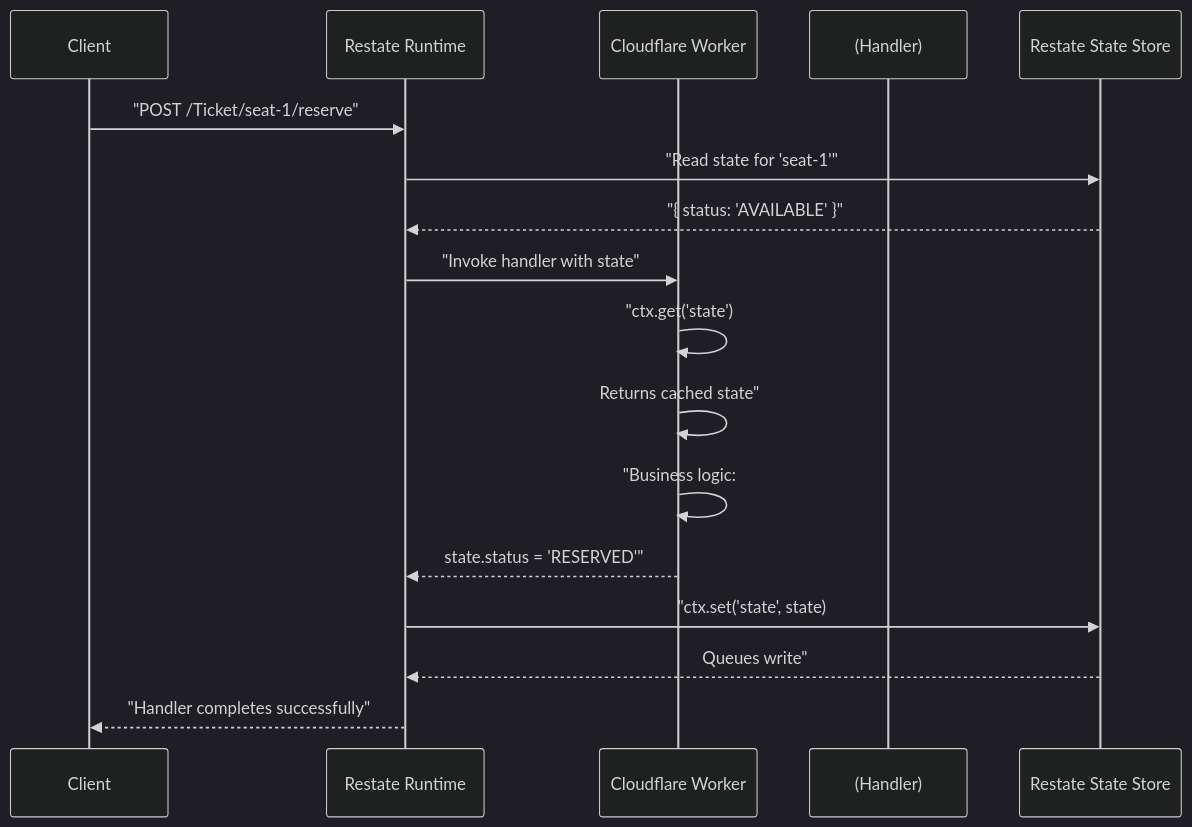
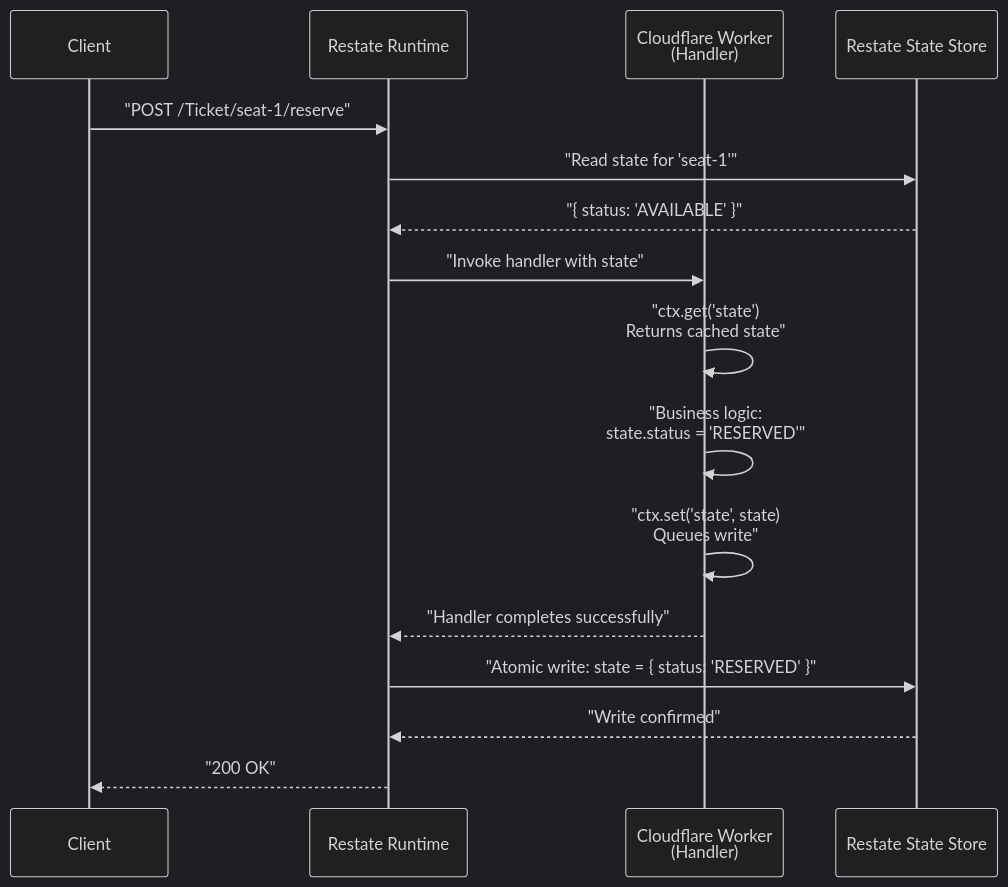
The third of 7 diagrams in docs/deepwiki/Virtual-Objects-&-Serialization.md (philipz/restate-cloudflare-workers-poc), drawn with Mermaid (dark theme) before and after one commit. The commit also changed other lines of this file and 18 other files, not shown here.

Commit message:
refactor: standardize mermaid diagram participant syntax across documentation files

````diff
--- a/docs/deepwiki/Virtual-Objects-&-Serialization.md
+++ b/docs/deepwiki/Virtual-Objects-&-Serialization.md
@@ -165,20 +165,19 @@
 ```mermaid
 sequenceDiagram
-  participant Client
-  participant Restate Runtime
-  participant Cloudflare Worker
-  participant (Handler)
-  participant Restate State Store
+  participant p1 as Client
+  participant p2 as Restate Runtime
+  participant p3 as Cloudflare Worker<br/>(Handler)
+  participant p4 as Restate State Store
 
-  Client->>Restate Runtime: "POST /Ticket/seat-1/reserve"
-  Restate Runtime->>Restate State Store: "Read state for 'seat-1'"
-  Restate State Store-->>Restate Runtime: "{ status: 'AVAILABLE' }"
-  Restate Runtime->>Cloudflare Worker: "Invoke handler with state"
-  Cloudflare Worker->>Cloudflare Worker: "ctx.get('state')
-  Cloudflare Worker->>Cloudflare Worker: Returns cached state"
-  Cloudflare Worker->>Cloudflare Worker: "Business logic:
-  Cloudflare Worker-->>Restate Runtime: state.status = 'RESERVED'"
-  Restate Runtime->>Restate State Store: "ctx.set('state', state)
-  Restate State Store-->>Restate Runtime: Queues write"
-  Restate Runtime-->>Client: "Handler completes successfully"
+  p1->>p2: "POST /Ticket/seat-1/reserve"
+  p2->>p4: "Read state for 'seat-1'"
+  p4-->>p2: "{ status: 'AVAILABLE' }"
+  p2->>p3: "Invoke handler with state"
+  p3->>p3: "ctx.get('state')<br/>Returns cached state"
+  p3->>p3: "Business logic:<br/>state.status = 'RESERVED'"
+  p3->>p3: "ctx.set('state', state)<br/>Queues write"
+  p3-->>p2: "Handler completes successfully"
+  p2->>p4: "Atomic write: state = { status: 'RESERVED' }"
+  p4-->>p2: "Write confirmed"
+  p2-->>p1: "200 OK"
 ```
````
